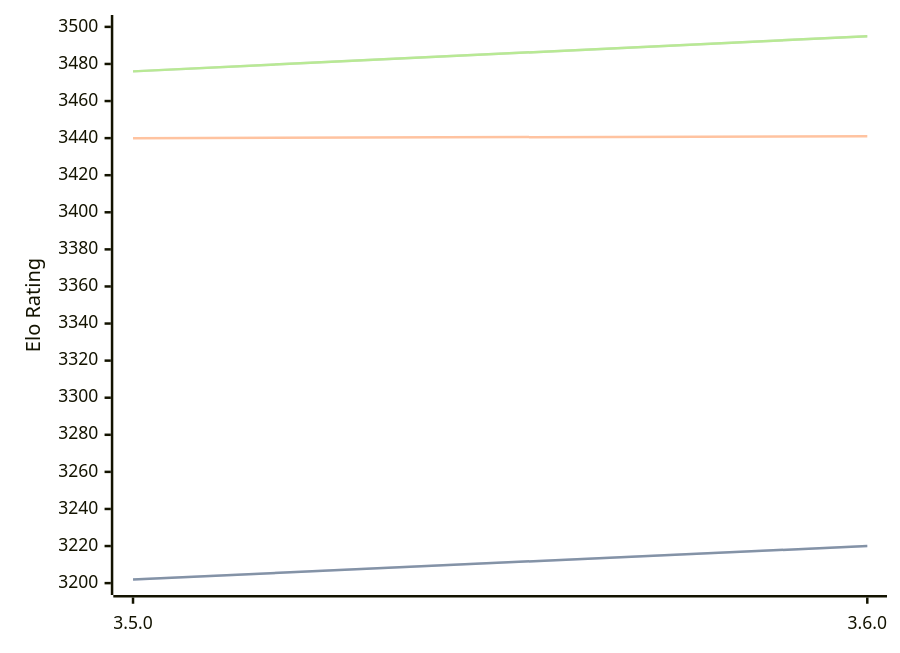
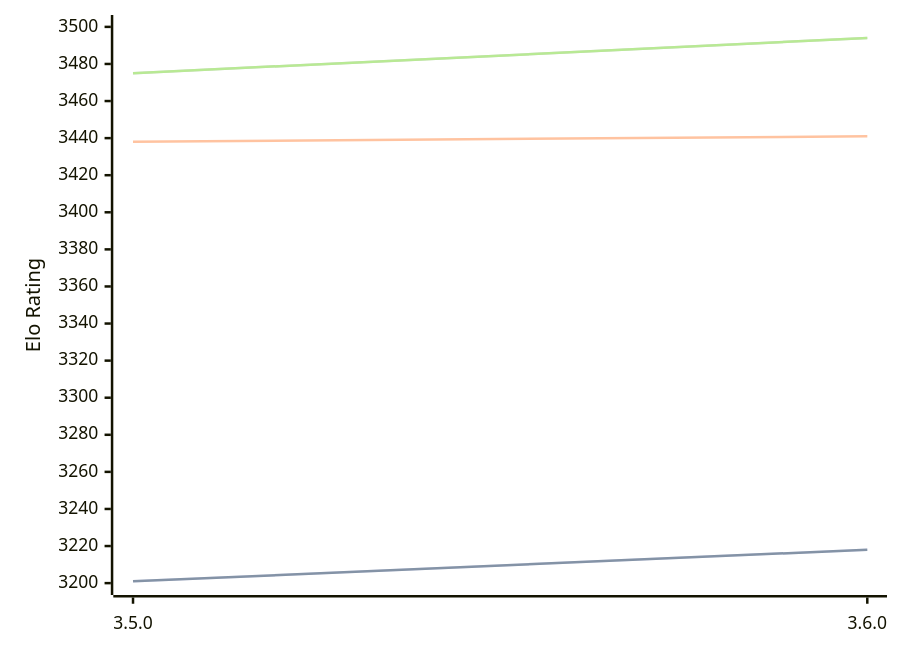
One commit to computer-chess-index/cci changed the diagram in engines/Igel.md. Above: the diagram before and after it, drawn with Mermaid. The commit also changed other lines of this file, not shown here.

Commit message:
Update CCI Ratings (ELO VLTC) - 2026-04-26

````diff
--- a/engines/Igel.md
+++ b/engines/Igel.md
@@ -68,11 +68,11 @@
 ```mermaid
 %%{init: {"theme":"base","themeVariables":{"seriesColors:['#a3a3a3','#222221','#faa371']}}}%%
 xychart-beta
   x-axis ["3.5.0", "3.6.0"]
   y-axis "Elo Rating" 3200 --> 3500
-  line "STC (8.0+0.08s)" [3202, 3220]
-  line "STC (8.0+0.08s)" [3202, 3220]
-  line "LTC (60.0+0.60s)" [3440, 3441]
-  line "VLTC (2m24s+1.12s)" [3476, 3495]
-  line "VLTC (2m24s+1.12s)" [3476, 3495]
+  line "STC (8.0+0.08s)" [3201, 3218]
+  line "STC (8.0+0.08s)" [3201, 3218]
+  line "LTC (60.0+0.60s)" [3438, 3441]
+  line "VLTC (2m24s+1.12s)" [3475, 3494]
+  line "VLTC (2m24s+1.12s)" [3475, 3494]
 ```
````
